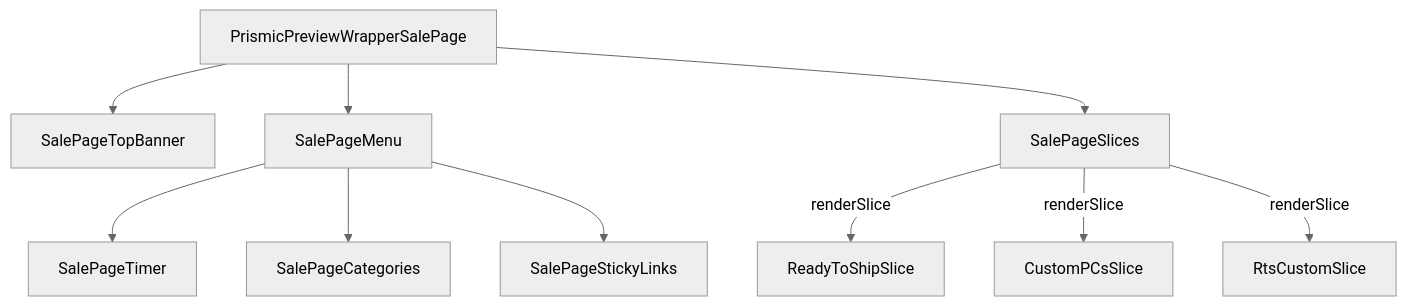
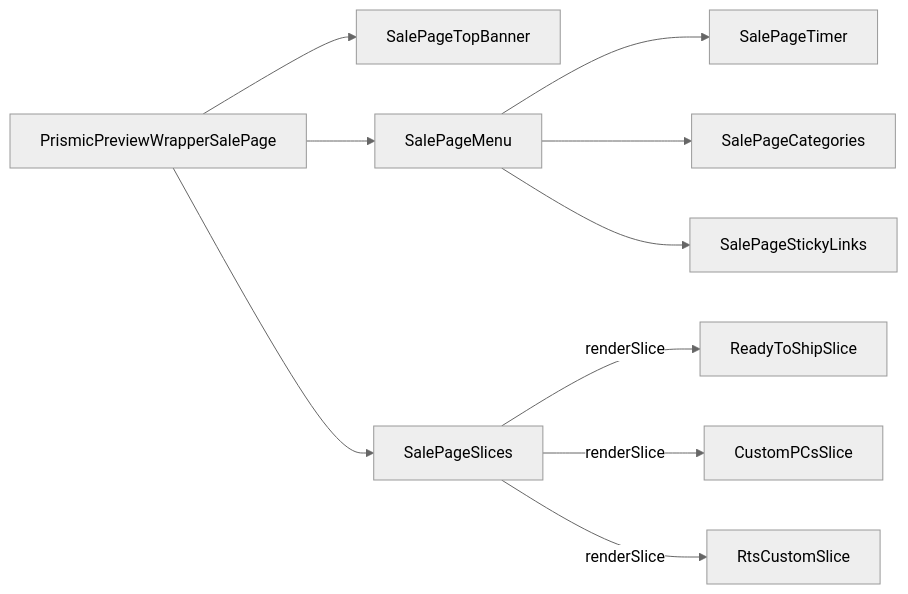
The second of 2 diagrams in src/aftershockau/data-sale.md (DaChuanHaiyanZhang/aftershock-docs), drawn with Mermaid (neutral theme) before and after one commit. The commit also changed 18 other files, not shown here.

````diff
--- a/src/aftershockau/data-sale.md
+++ b/src/aftershockau/data-sale.md
@@ -25,14 +25,14 @@
 ```mermaid
-flowchart TB
+flowchart LR
 PrismicPreviewWrapperSalePage --> SalePageTopBanner
 PrismicPreviewWrapperSalePage --> SalePageMenu
 PrismicPreviewWrapperSalePage --> SalePageSlices
 
 SalePageMenu --> SalePageTimer
 SalePageMenu --> SalePageCategories
 SalePageMenu --> SalePageStickyLinks
 
 SalePageSlices -- renderSlice --> ReadyToShipSlice
 SalePageSlices -- renderSlice --> CustomPCsSlice
 SalePageSlices -- renderSlice --> RtsCustomSlice
 ```
````
